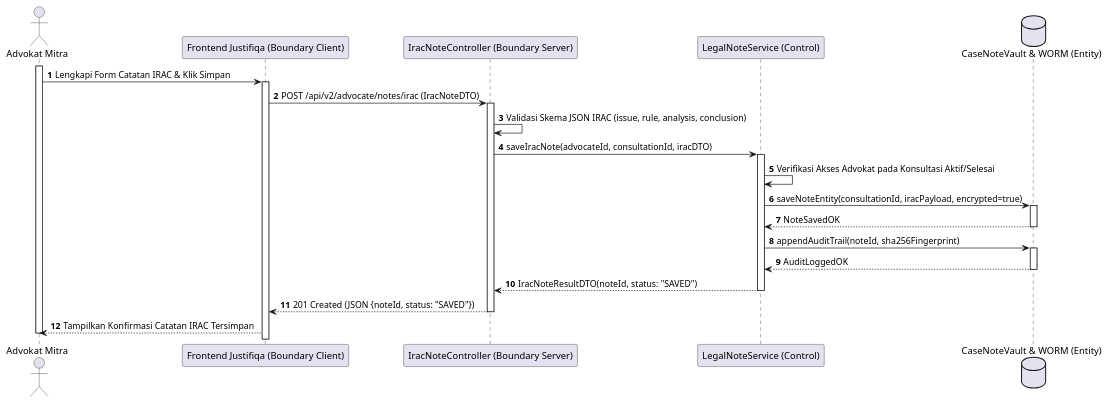
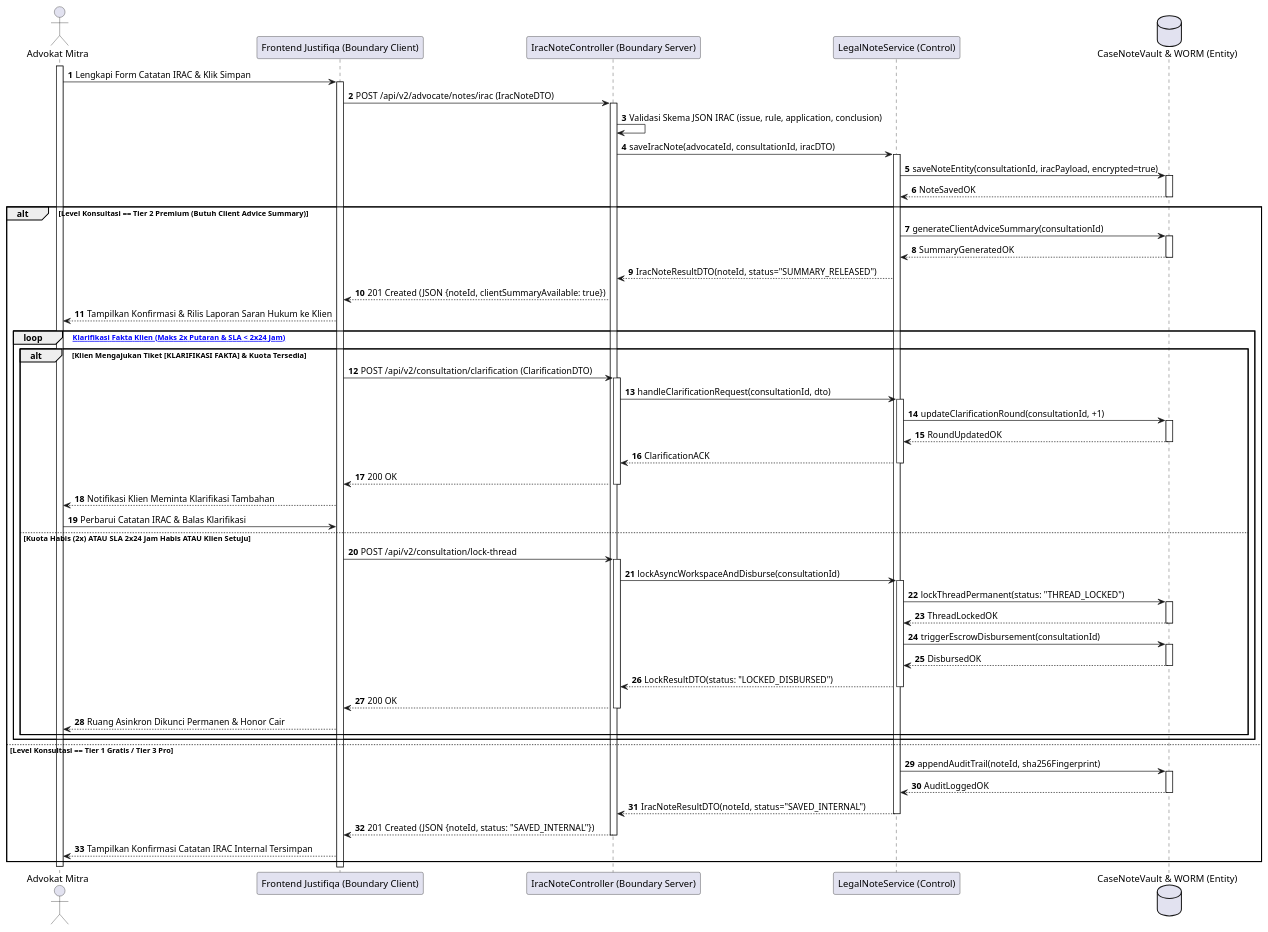
One commit to tupperwureism/SuperApp-Gagal changed the eighth of 28 diagrams in MarkDown/plantuml_sequence_diagrams.md. Above: the diagram before and after it, drawn with PlantUML. The commit also changed other lines of this file and 1 other file, not shown here.

Commit message:
docs: Deep 1-to-1 AD Fidelity synchronization for all 28 Sequence Diagrams with 5-Lifeline BCE

````diff
--- a/MarkDown/plantuml_sequence_diagrams.md
+++ b/MarkDown/plantuml_sequence_diagrams.md
@@ -415,25 +480,56 @@
 ```plantuml
 @startuml
 autonumber
 actor "Advokat Mitra" as User
 participant "Frontend Justifiqa (Boundary Client)" as B_FE
 participant "IracNoteController (Boundary Server)" as B_BE
 participant "LegalNoteService (Control)" as C_Svc
 database "CaseNoteVault & WORM (Entity)" as E_DB
 
 activate User
 User -> B_FE ++ : Lengkapi Form Catatan IRAC & Klik Simpan
 B_FE -> B_BE ++ : POST /api/v2/advocate/notes/irac (IracNoteDTO)
-B_BE -> B_BE : Validasi Skema JSON IRAC (issue, rule, analysis, conclusion)
+B_BE -> B_BE : Validasi Skema JSON IRAC (issue, rule, application, conclusion)
 B_BE -> C_Svc ++ : saveIracNote(advocateId, consultationId, iracDTO)
-C_Svc -> C_Svc : Verifikasi Akses Advokat pada Konsultasi Aktif/Selesai
 C_Svc -> E_DB ++ : saveNoteEntity(consultationId, iracPayload, encrypted=true)
 E_DB --> C_Svc -- : NoteSavedOK
-C_Svc -> E_DB ++ : appendAuditTrail(noteId, sha256Fingerprint)
-E_DB --> C_Svc -- : AuditLoggedOK
-C_Svc --> B_BE -- : IracNoteResultDTO(noteId, status: "SAVED")
-B_BE --> B_FE -- : 201 Created (JSON {noteId, status: "SAVED"})
-B_FE --> User : Tampilkan Konfirmasi Catatan IRAC Tersimpan
+
+alt Level Konsultasi == Tier 2 Premium (Butuh Client Advice Summary)
+    C_Svc -> E_DB ++ : generateClientAdviceSummary(consultationId)
+    E_DB --> C_Svc -- : SummaryGeneratedOK
+    C_Svc --> B_BE : IracNoteResultDTO(noteId, status="SUMMARY_RELEASED")
+    B_BE --> B_FE : 201 Created (JSON {noteId, clientSummaryAvailable: true})
+    B_FE --> User : Tampilkan Konfirmasi & Rilis Laporan Saran Hukum ke Klien
+
+    loop [Siklus Klarifikasi Fakta Klien (Maks 2x Putaran & SLA < 2x24 Jam)]
+        alt Klien Mengajukan Tiket [KLARIFIKASI FAKTA] & Kuota Tersedia
+            B_FE -> B_BE ++ : POST /api/v2/consultation/clarification (ClarificationDTO)
+            B_BE -> C_Svc ++ : handleClarificationRequest(consultationId, dto)
+            C_Svc -> E_DB ++ : updateClarificationRound(consultationId, +1)
+            E_DB --> C_Svc -- : RoundUpdatedOK
+            C_Svc --> B_BE -- : ClarificationACK
+            B_BE --> B_FE -- : 200 OK
+            B_FE --> User : Notifikasi Klien Meminta Klarifikasi Tambahan
+            User -> B_FE : Perbarui Catatan IRAC & Balas Klarifikasi
+        else Kuota Habis (2x) ATAU SLA 2x24 Jam Habis ATAU Klien Setuju
+            B_FE -> B_BE ++ : POST /api/v2/consultation/lock-thread
+            B_BE -> C_Svc ++ : lockAsyncWorkspaceAndDisburse(consultationId)
+            C_Svc -> E_DB ++ : lockThreadPermanent(status: "THREAD_LOCKED")
+            E_DB --> C_Svc -- : ThreadLockedOK
+            C_Svc -> E_DB ++ : triggerEscrowDisbursement(consultationId)
+            E_DB --> C_Svc -- : DisbursedOK
+            C_Svc --> B_BE -- : LockResultDTO(status: "LOCKED_DISBURSED")
+            B_BE --> B_FE -- : 200 OK
+            B_FE --> User : Ruang Asinkron Dikunci Permanen & Honor Cair
+        end
+    end
+else Level Konsultasi == Tier 1 Gratis / Tier 3 Pro
+    C_Svc -> E_DB ++ : appendAuditTrail(noteId, sha256Fingerprint)
+    E_DB --> C_Svc -- : AuditLoggedOK
+    C_Svc --> B_BE -- : IracNoteResultDTO(noteId, status="SAVED_INTERNAL")
+    B_BE --> B_FE -- : 201 Created (JSON {noteId, status: "SAVED_INTERNAL"})
+    B_FE --> User : Tampilkan Konfirmasi Catatan IRAC Internal Tersimpan
+end
 deactivate User
 @enduml
 ```
````
